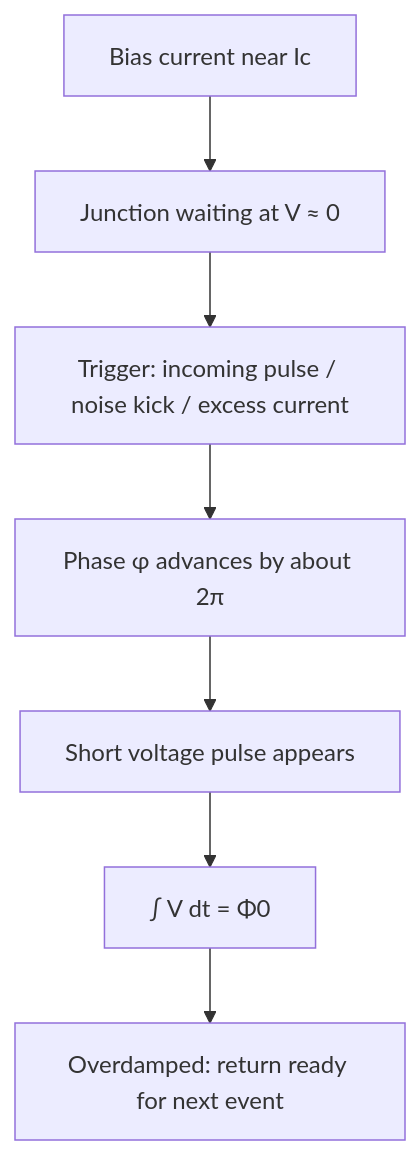
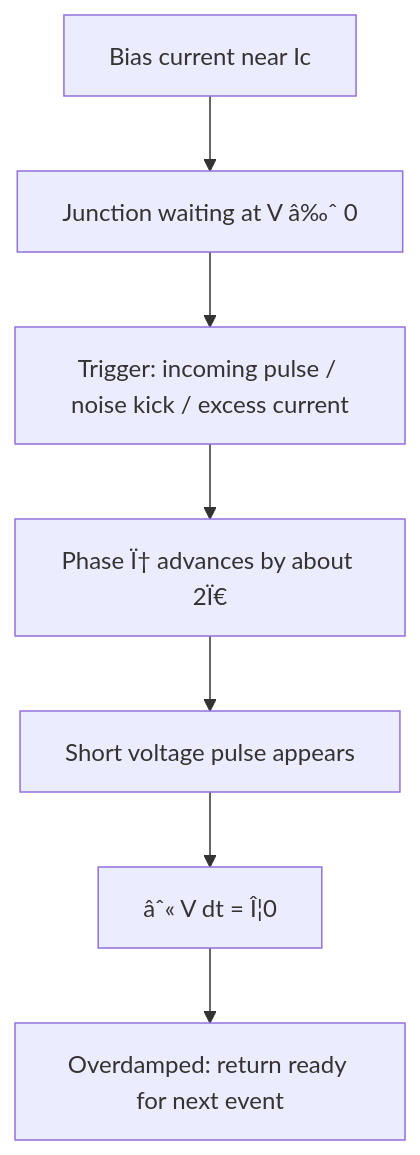
One commit to Single-Flux-Quantum/sfq-learn-public changed the diagram in docs/fundamentals/josephson-junction-rcsj.md. Above: the diagram before and after it, drawn with Mermaid. The commit also changed other lines of this file and 41 other files, not shown here.

````diff
--- a/docs/fundamentals/josephson-junction-rcsj.md
+++ b/docs/fundamentals/josephson-junction-rcsj.md
@@ -62,9 +62,9 @@
 ```mermaid
 flowchart TD
-  Bias[Bias current near Ic] --> Wait[Junction waiting at V ≈ 0]
+  Bias[Bias current near Ic] --> Wait[Junction waiting at V â‰ˆ 0]
   Wait --> Trig[Trigger: incoming pulse / noise kick / excess current]
-  Trig --> Slip["Phase φ advances by about 2π"]
+  Trig --> Slip["Phase Ï† advances by about 2Ï€"]
   Slip --> Pulse["Short voltage pulse appears"]
-  Pulse --> Area["∫ V dt = Φ0"]
+  Pulse --> Area["âˆ« V dt = Î¦0"]
   Area --> Reset[Overdamped: return ready for next event]
 ```
````
